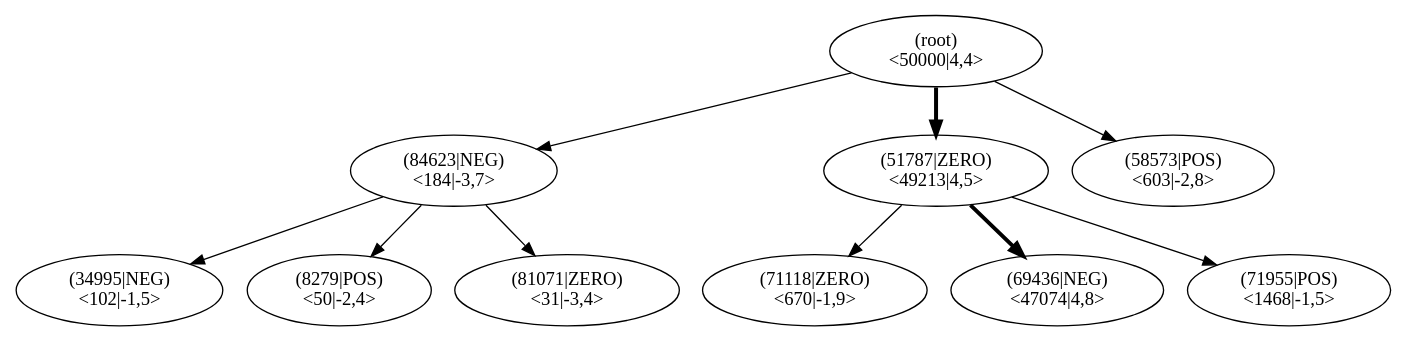
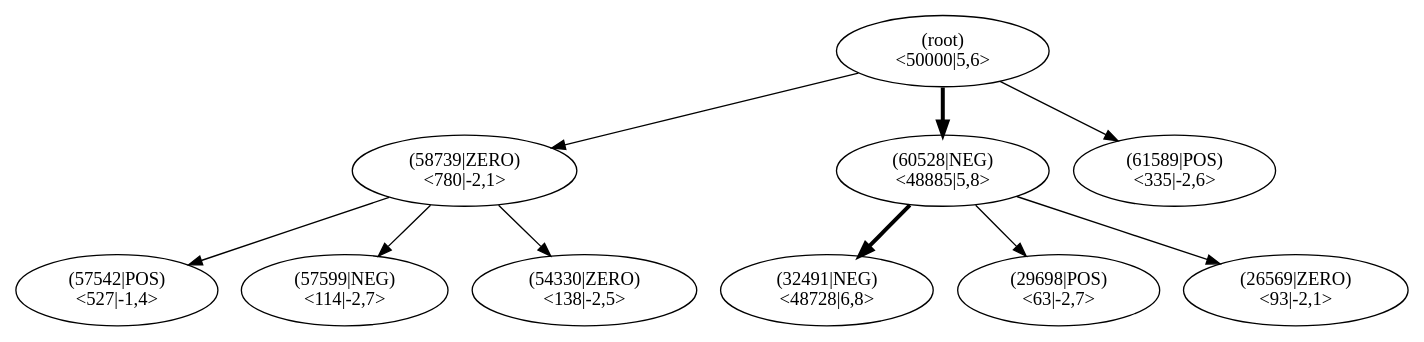
One commit to JonasHellgren/relexp-java changed the diagram in pictures/ch13/lane_runner_mcts.dot. Above: the diagram before and after it, drawn with Graphviz. The commit also changed 14 other files, not shown here.

```diff
--- a/pictures/ch13/lane_runner_mcts.dot
+++ b/pictures/ch13/lane_runner_mcts.dot
@@ -1,32 +1,32 @@
 digraph MCTS {
 node [shape=ellipse];
 Nroot [label="(root)
-<50000|4,4>"];
-Nroot -> N84623[penwidth=1];
-N84623 [label="(84623|NEG)
-<184|-3,7>"];
-N84623 -> N34995[penwidth=1];
-N34995 [label="(34995|NEG)
-<102|-1,5>"];
-N84623 -> N8279[penwidth=1];
-N8279 [label="(8279|POS)
-<50|-2,4>"];
-N84623 -> N81071[penwidth=1];
-N81071 [label="(81071|ZERO)
-<31|-3,4>"];
-Nroot -> N51787[penwidth=3];
-N51787 [label="(51787|ZERO)
-<49213|4,5>"];
-N51787 -> N71118[penwidth=1];
-N71118 [label="(71118|ZERO)
-<670|-1,9>"];
-N51787 -> N69436[penwidth=3];
-N69436 [label="(69436|NEG)
-<47074|4,8>"];
-N51787 -> N71955[penwidth=1];
-N71955 [label="(71955|POS)
-<1468|-1,5>"];
-Nroot -> N58573[penwidth=1];
-N58573 [label="(58573|POS)
-<603|-2,8>"];
+<50000|5,6>"];
+Nroot -> N58739[penwidth=1];
+N58739 [label="(58739|ZERO)
+<780|-2,1>"];
+N58739 -> N57542[penwidth=1];
+N57542 [label="(57542|POS)
+<527|-1,4>"];
+N58739 -> N57599[penwidth=1];
+N57599 [label="(57599|NEG)
+<114|-2,7>"];
+N58739 -> N54330[penwidth=1];
+N54330 [label="(54330|ZERO)
+<138|-2,5>"];
+Nroot -> N60528[penwidth=3];
+N60528 [label="(60528|NEG)
+<48885|5,8>"];
+N60528 -> N32491[penwidth=3];
+N32491 [label="(32491|NEG)
+<48728|6,8>"];
+N60528 -> N29698[penwidth=1];
+N29698 [label="(29698|POS)
+<63|-2,7>"];
+N60528 -> N26569[penwidth=1];
+N26569 [label="(26569|ZERO)
+<93|-2,1>"];
+Nroot -> N61589[penwidth=1];
+N61589 [label="(61589|POS)
+<335|-2,6>"];
 }
```
